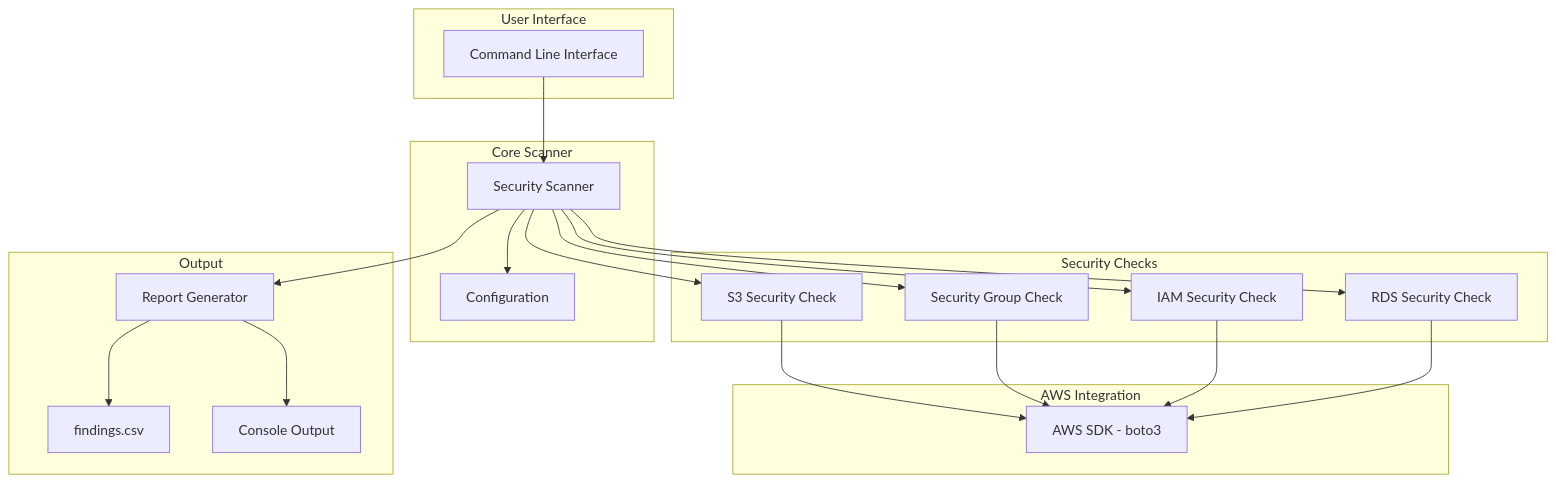
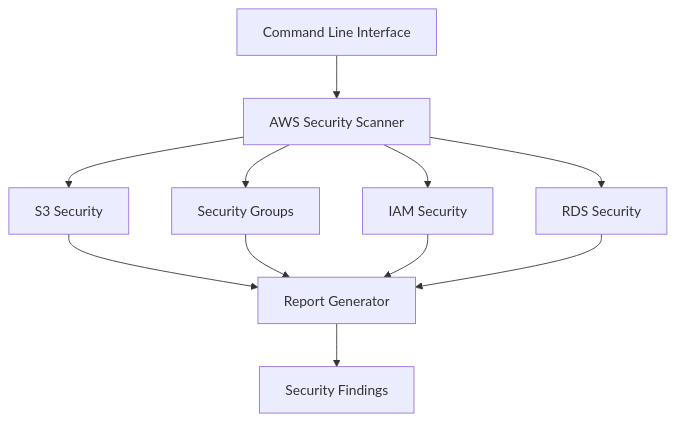
Before and after one commit to moelhaj996/Automated-AWS-Security-Scanner: the first of 2 diagrams in README.md, drawn with Mermaid.

````diff
--- a/README.md
+++ b/README.md
@@ -35,44 +35,12 @@
 ```mermaid
 graph TB
-    subgraph "User Interface"
-        CLI[Command Line Interface]
-    end
-
-    subgraph "Core Scanner"
-        Scanner[Security Scanner]
-        Config[Configuration]
-    end
-
-    subgraph "Security Checks"
-        S3[S3 Security Check]
-        SG[Security Group Check]
-        IAM[IAM Security Check]
-        RDS[RDS Security Check]
-    end
-
-    subgraph "AWS Integration"
-        Boto3[AWS SDK - boto3]
-    end
-
-    subgraph "Output"
-        Report[Report Generator]
-        CSV[findings.csv]
-        Console[Console Output]
-    end
-
-    CLI --> Scanner
-    Scanner --> Config
-    Scanner --> S3
-    Scanner --> SG
-    Scanner --> IAM
-    Scanner --> RDS
+    CLI[Command Line Interface] --> Scanner[AWS Security Scanner]
     
-    S3 --> Boto3
-    SG --> Boto3
-    IAM --> Boto3
-    RDS --> Boto3
+    Scanner --> S3[S3 Security]
+    Scanner --> SG[Security Groups]
+    Scanner --> IAM[IAM Security]
+    Scanner --> RDS[RDS Security]
     
-    Scanner --> Report
-    Report --> CSV
-    Report --> Console
+    S3 & SG & IAM & RDS --> Report[Report Generator]
+    Report --> Output[Security Findings]
 ```
````
